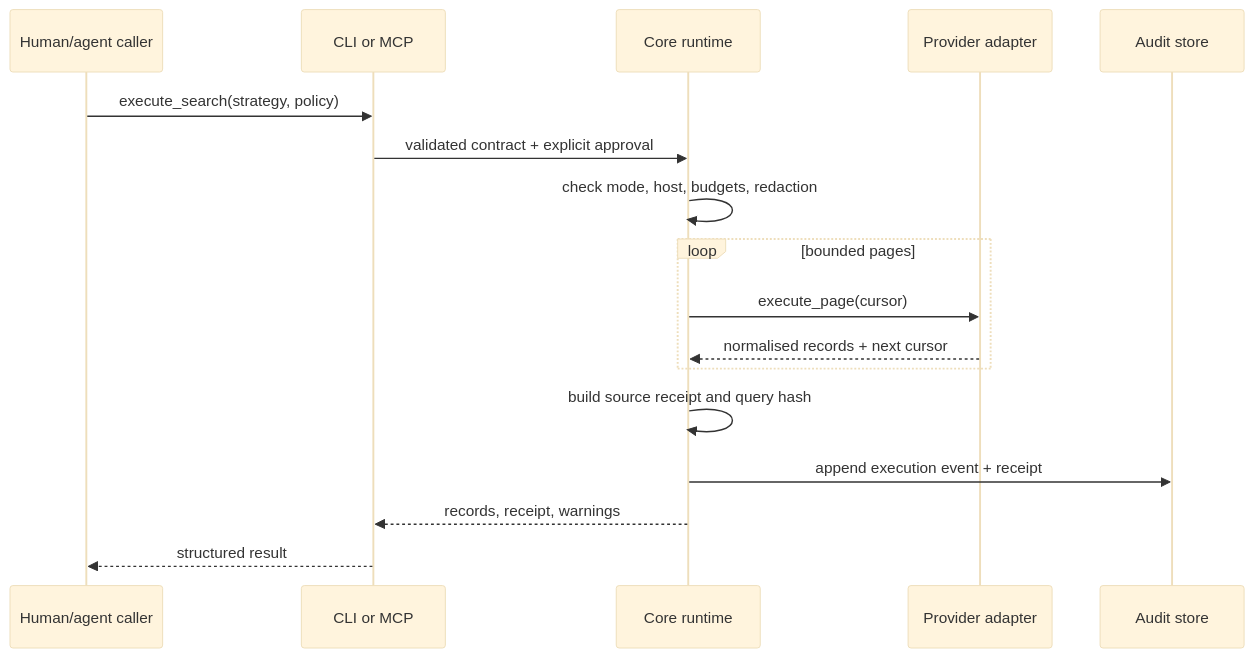
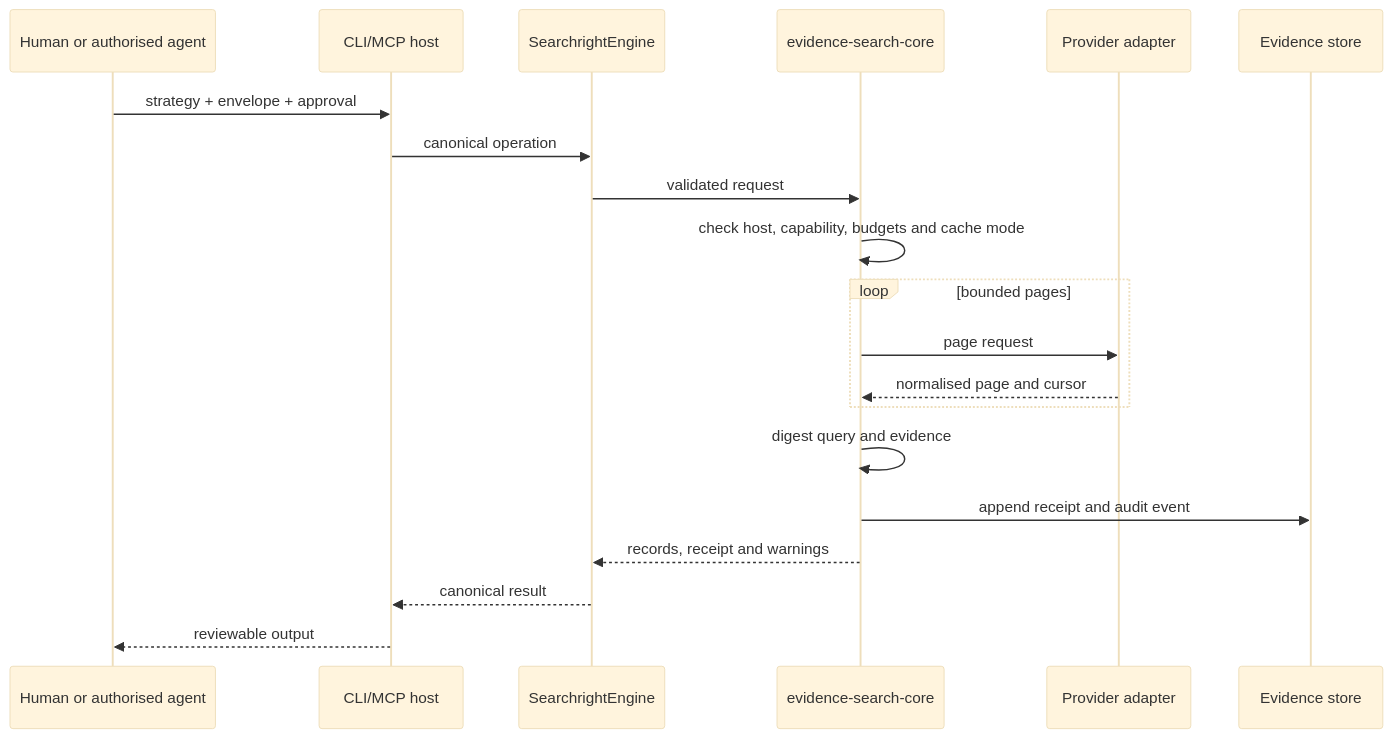
Before and after one commit to edithatogo/searchright: the fourth of 7 diagrams in conductor/design.md, drawn with Mermaid (base theme). The commit also changed other lines of this file and 609 other files, not shown here.

Commit message:
feat: restore full Searchright roadmap implementation

````diff
--- a/conductor/design.md
+++ b/conductor/design.md
@@ -94,19 +94,22 @@
 ```mermaid
 sequenceDiagram
-  participant U as Human/agent caller
-  participant I as CLI or MCP
-  participant C as Core runtime
+  participant U as Human or authorised agent
+  participant H as CLI/MCP host
+  participant E as SearchrightEngine
+  participant K as evidence-search-core
   participant P as Provider adapter
-  participant S as Audit store
-  U->>I: execute_search(strategy, policy)
-  I->>C: validated contract + explicit approval
-  C->>C: check mode, host, budgets, redaction
+  participant S as Evidence store
+  U->>H: strategy + envelope + approval
+  H->>E: canonical operation
+  E->>K: validated request
+  K->>K: check host, capability, budgets and cache mode
   loop bounded pages
-    C->>P: execute_page(cursor)
-    P-->>C: normalised records + next cursor
+    K->>P: page request
+    P-->>K: normalised page and cursor
   end
-  C->>C: build source receipt and query hash
-  C->>S: append execution event + receipt
-  C-->>I: records, receipt, warnings
-  I-->>U: structured result
+  K->>K: digest query and evidence
+  K->>S: append receipt and audit event
+  K-->>E: records, receipt and warnings
+  E-->>H: canonical result
+  H-->>U: reviewable output
 ```
````
